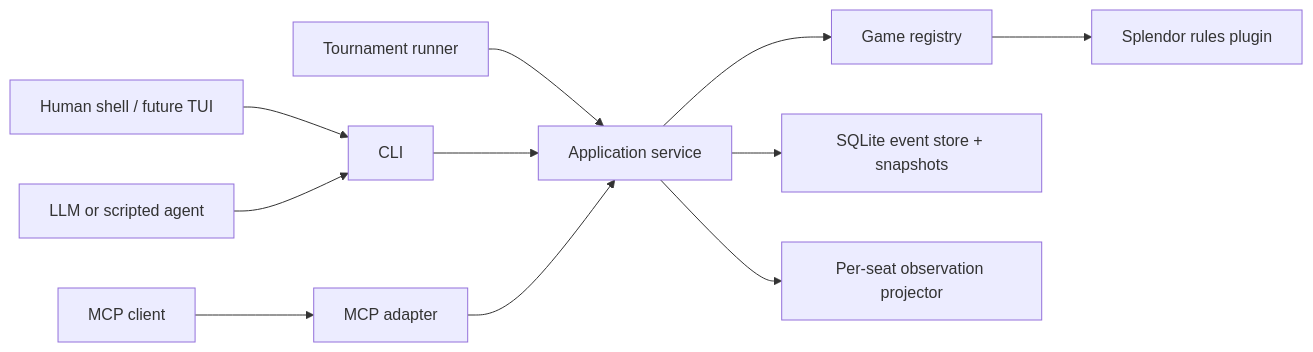
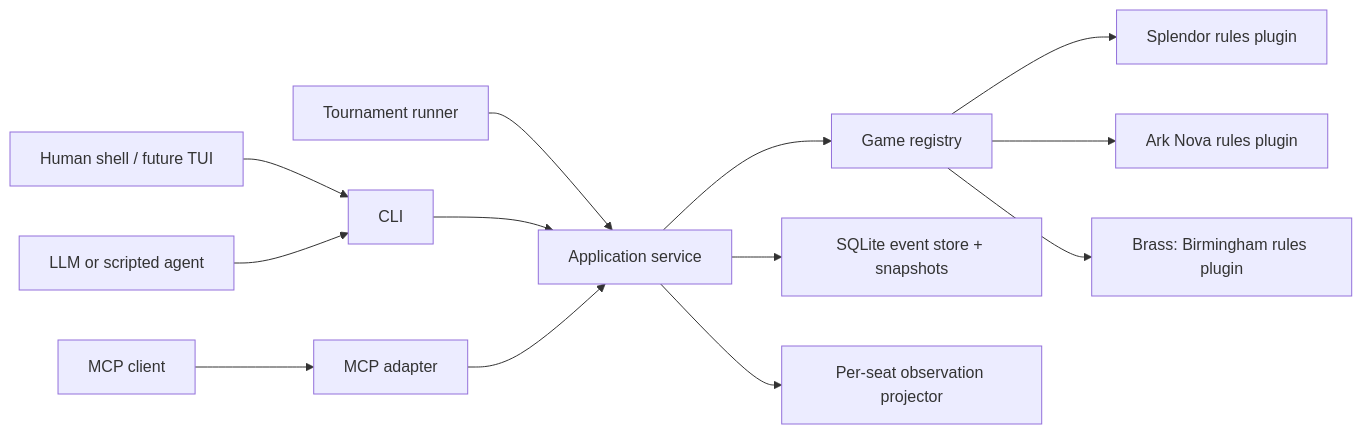
One commit to fengrui-z/AgentBGA changed the first of 2 diagrams in docs/architecture.md. Above: the diagram before and after it, drawn with Mermaid. The commit also changed other lines of this file and 18 other files, not shown here.

First line of the commit message:
Add Brass Birmingham game support and improve human UI

````diff
--- a/docs/architecture.md
+++ b/docs/architecture.md
@@ -30,13 +30,15 @@
 ```mermaid
 flowchart LR
   H["Human shell / future TUI"] --> CLI["CLI"]
   A["LLM or scripted agent"] --> CLI
   M["MCP client"] --> MCP["MCP adapter"]
   R["Tournament runner"] --> APP["Application service"]
   CLI --> APP
   MCP --> APP
   APP --> REG["Game registry"]
   REG --> SPL["Splendor rules plugin"]
+  REG --> ARK["Ark Nova rules plugin"]
+  REG --> BRASS["Brass: Birmingham rules plugin"]
   APP --> STORE["SQLite event store + snapshots"]
   APP --> OBS["Per-seat observation projector"]
 ```
````
